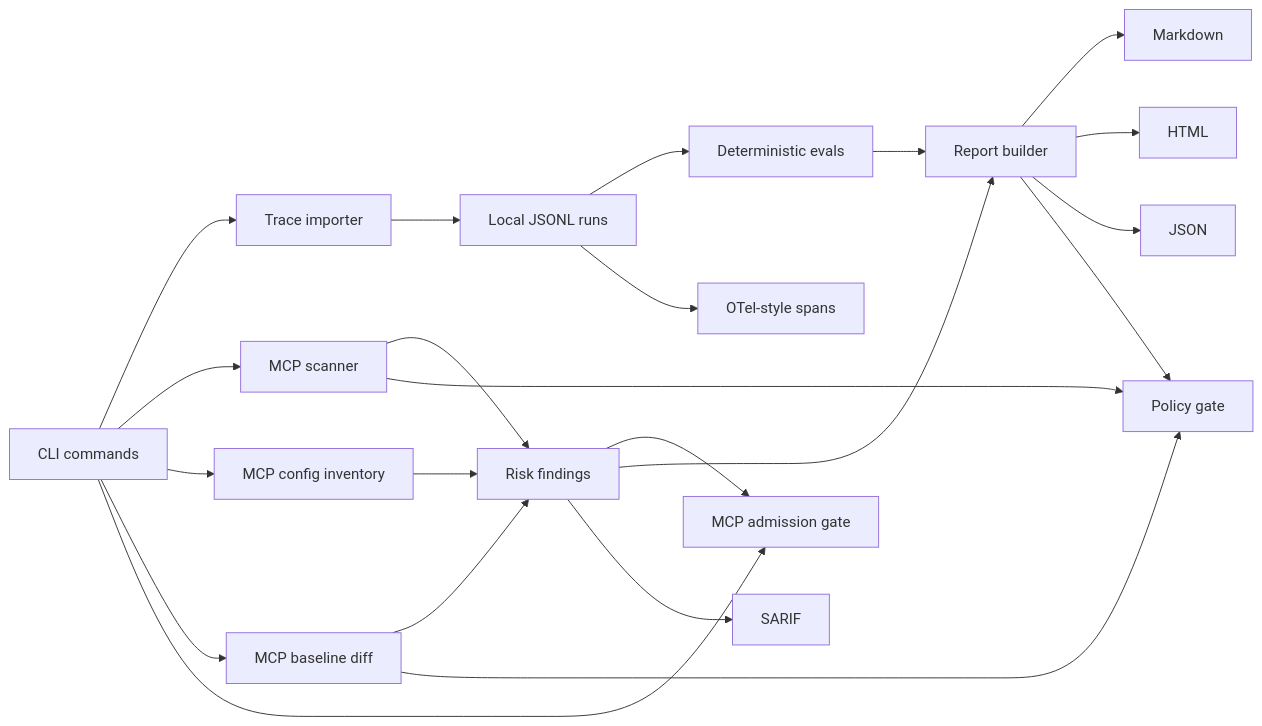
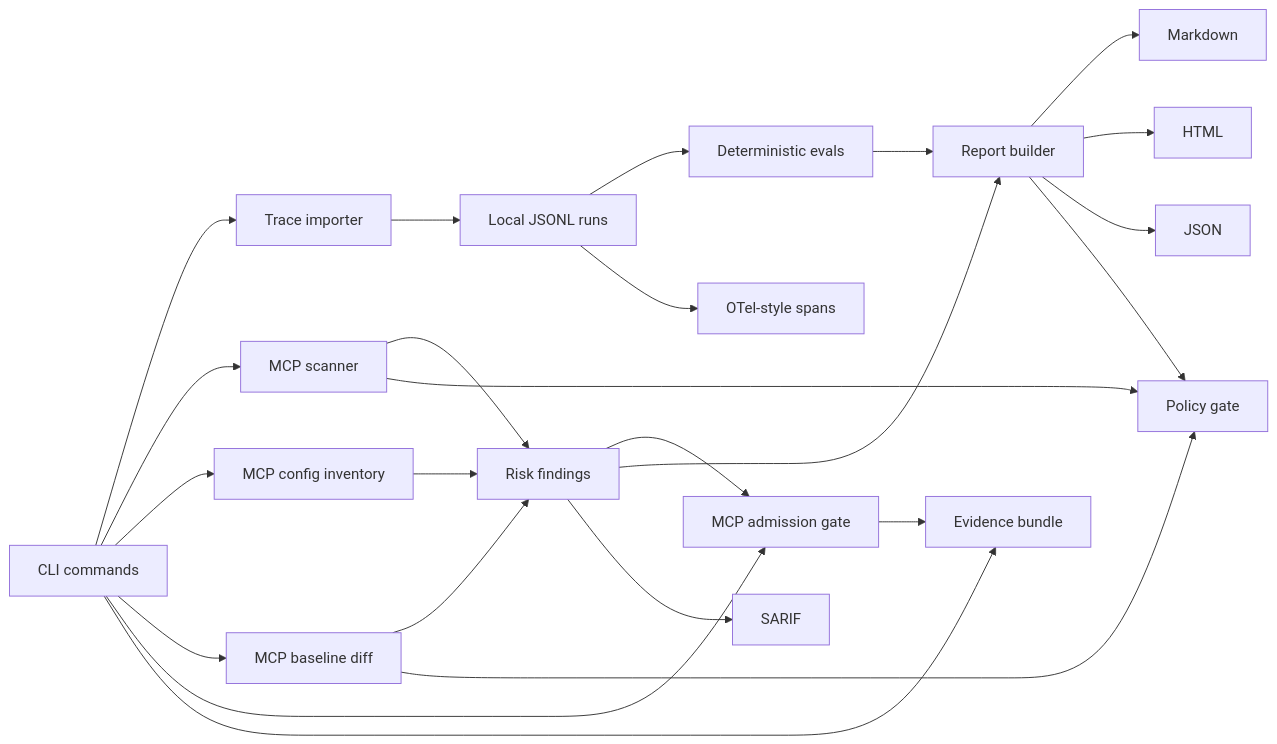
The diagram in docs/architecture.md (Gowrav-M/agentops-watchtower), drawn with Mermaid before and after one commit. The commit also changed other lines of this file and 14 other files, not shown here.

````diff
--- a/docs/architecture.md
+++ b/docs/architecture.md
@@ -5,24 +5,26 @@
 ```mermaid
 flowchart LR
   CLI["CLI commands"] --> Importer["Trace importer"]
   CLI --> Scanner["MCP scanner"]
   CLI --> Inventory["MCP config inventory"]
   CLI --> Baseline["MCP baseline diff"]
   CLI --> Admission["MCP admission gate"]
+  CLI --> Evidence["Evidence bundle"]
   Importer --> Runs["Local JSONL runs"]
   Scanner --> Findings["Risk findings"]
   Inventory --> Findings
   Baseline --> Findings
   Findings --> Admission
+  Admission --> Evidence
   Runs --> Evals["Deterministic evals"]
   Findings --> Report["Report builder"]
   Evals --> Report
   Report --> Markdown["Markdown"]
   Report --> HTML["HTML"]
   Report --> JSON["JSON"]
   Runs --> OTel["OTel-style spans"]
   Findings --> SARIF["SARIF"]
   Scanner --> Policy["Policy gate"]
   Baseline --> Policy
   Report --> Policy
 ```
````
